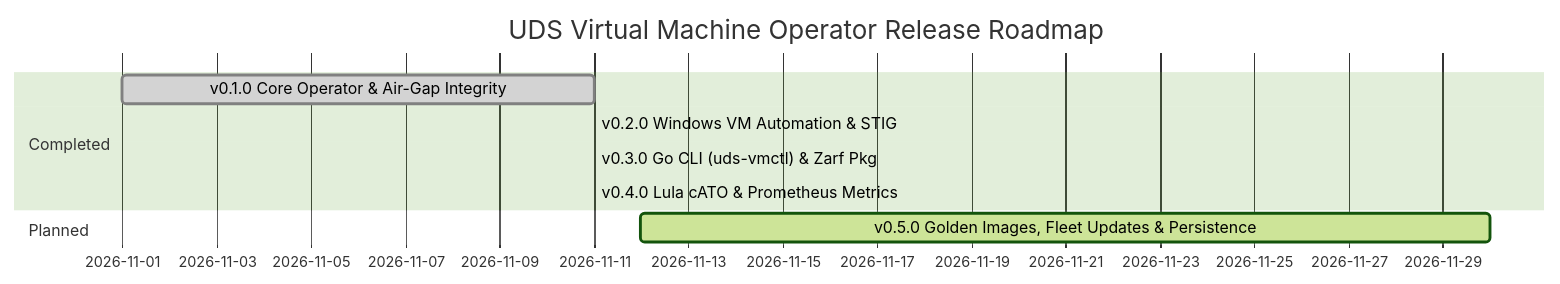
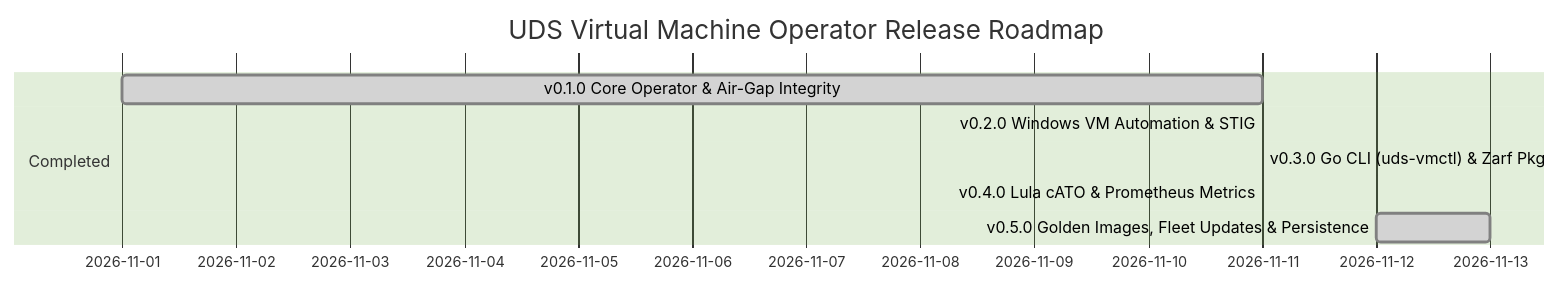
The diagram in ROADMAP.md (celttechie/uds-vm-operator), drawn with Mermaid (forest theme) before and after one commit. The commit also changed other lines of this file and 3 other files, not shown here.

````diff
--- a/ROADMAP.md
+++ b/ROADMAP.md
@@ -9,12 +9,11 @@
 ```mermaid
 gantt
     title UDS Virtual Machine Operator Release Roadmap
     dateFormat  YYYY-MM-DD
     section Completed
     v0.1.0 Core Operator & Air-Gap Integrity :done, 2026-11-01, 2026-11-11
     v0.2.0 Windows VM Automation & STIG      :done, 2026-11-11, 2026-11-11
     v0.3.0 Go CLI (uds-vmctl) & Zarf Pkg     :done, 2026-11-11, 2026-11-11
     v0.4.0 Lula cATO & Prometheus Metrics    :done, 2026-11-11, 2026-11-11
-    section Planned
-    v0.5.0 Golden Images, Fleet Updates & Persistence :active, 2026-11-12, 2026-11-30
+    v0.5.0 Golden Images, Fleet Updates & Persistence :done, 2026-11-12, 2026-11-13
 ```
````
